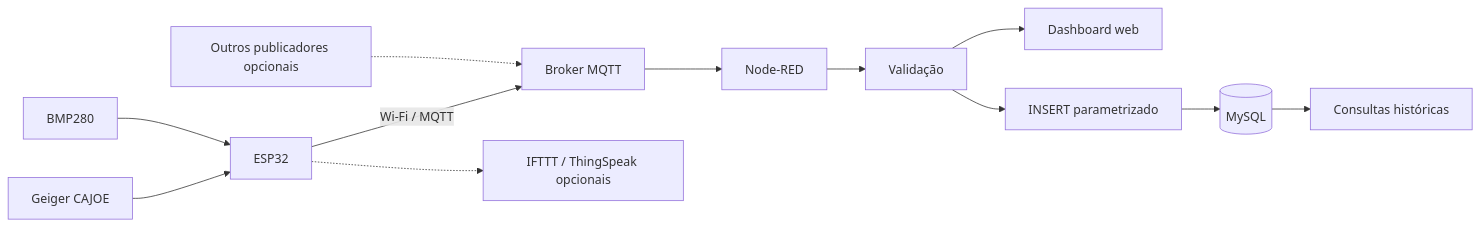
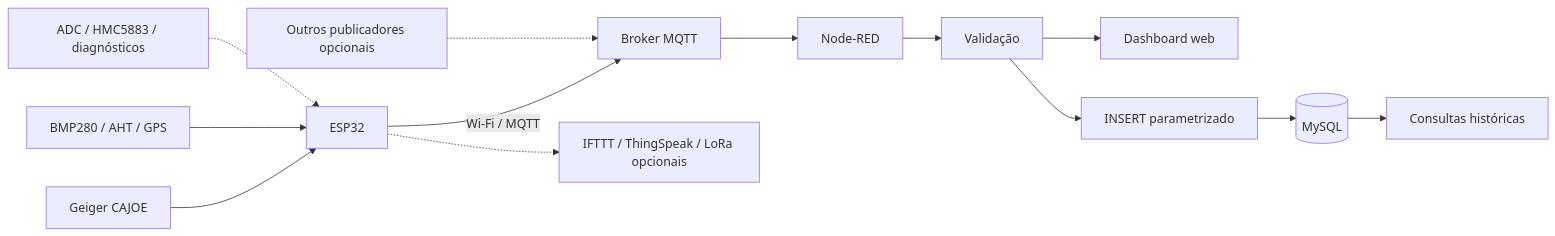
Before and after one commit to joaofrantunes/esp32radandsensors: the diagram in README.md, drawn with Mermaid. The commit also changed other lines of this file and 26 other files, not shown here.

````diff
--- a/README.md
+++ b/README.md
@@ -9,14 +9,15 @@
 ```mermaid
 flowchart LR
     G["Geiger CAJOE"] --> E["ESP32"]
-    B["BMP280"] --> E
+    B["BMP280 / AHT / GPS"] --> E
+    X["ADC / HMC5883 / diagnósticos"] -.-> E
     E -->|"Wi-Fi / MQTT"| M["Broker MQTT"]
     S["Outros publicadores opcionais"] -.-> M
     M --> N["Node-RED"]
     N --> V["Validação"]
     V --> D["Dashboard web"]
     V --> Q["INSERT parametrizado"]
     Q --> DB[("MySQL")]
     DB --> H["Consultas históricas"]
-    E -.-> C["IFTTT / ThingSpeak opcionais"]
+    E -.-> C["IFTTT / ThingSpeak / LoRa opcionais"]
 ```
````
